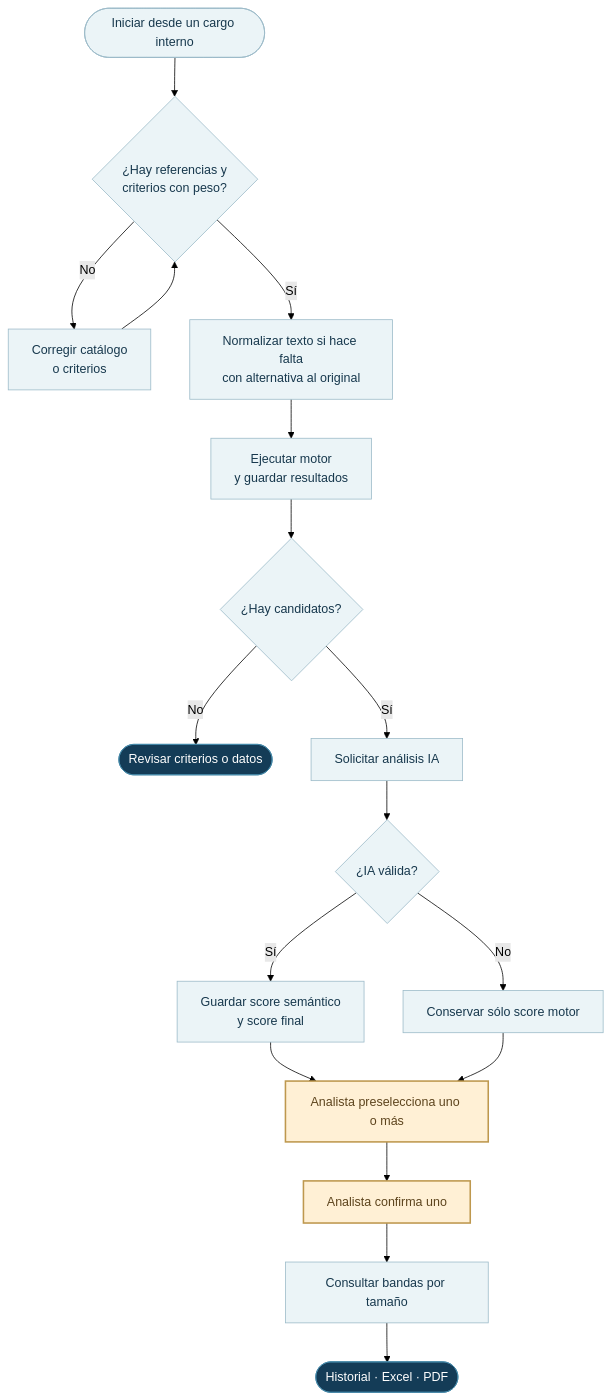
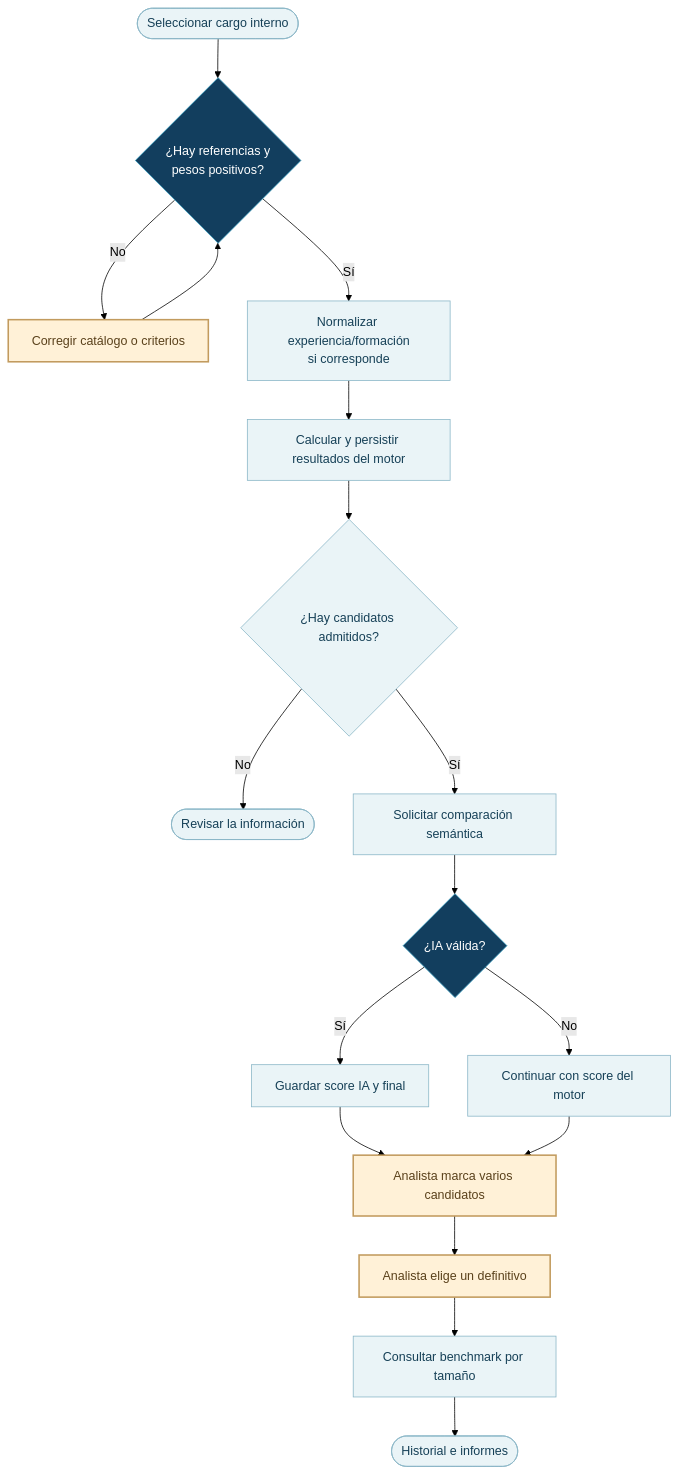
One commit to NicoCG32/Espejo-Homologa changed the first of 4 diagrams in docs/tecnica/05-flujos-y-estados.md. Above: the diagram before and after it, drawn with Mermaid (forest theme). The commit also changed other lines of this file and 21 other files, not shown here.

````diff
--- a/docs/tecnica/05-flujos-y-estados.md
+++ b/docs/tecnica/05-flujos-y-estados.md
@@ -7,25 +7,25 @@
 ```mermaid
 flowchart TD
-  IN([Iniciar desde un cargo interno]) --> VALID{¿Hay referencias y<br/>criterios con peso?}
-  VALID -->|No| FIX[Corregir catálogo<br/>o criterios]
-  FIX --> VALID
-  VALID -->|Sí| N[Normalizar texto si hace falta<br/>con alternativa al original]
-  N --> M[Ejecutar motor<br/>y guardar resultados]
-  M --> Q{¿Hay candidatos?}
-  Q -->|No| FIN0([Revisar criterios o datos])
-  Q -->|Sí| IA[Solicitar análisis IA]
-  IA --> OK{¿IA válida?}
-  OK -->|Sí| H[Guardar score semántico<br/>y score final]
-  OK -->|No| P[Conservar sólo score motor]
-  H --> S[Analista preselecciona uno o más]
-  P --> S
-  S --> D[Analista confirma uno]
-  D --> B[Consultar bandas por tamaño]
-  B --> E([Historial · Excel · PDF])
-  classDef base fill:#EBF4F7,stroke:#9BBAC8,color:#17384D;
-  classDef human fill:#FFF0D5,stroke:#BE984E,color:#5D441D,stroke-width:2px;
-  classDef finish fill:#143C57,stroke:#4286A7,color:#fff;
-  class IN,VALID,FIX,N,M,Q,IA,OK,H,P,B base;
-  class S,D human;
-  class FIN0,E finish;
+  IN(["Seleccionar cargo interno"]) --> R{"¿Hay referencias y<br/>pesos positivos?"}
+  R -->|No| AJ["Corregir catálogo o criterios"]
+  AJ --> R
+  R -->|Sí| N["Normalizar experiencia/formación<br/>si corresponde"]
+  N --> M["Calcular y persistir resultados del motor"]
+  M --> C{"¿Hay candidatos admitidos?"}
+  C -->|No| STOP(["Revisar la información"])
+  C -->|Sí| IA["Solicitar comparación semántica"]
+  IA --> OK{"¿IA válida?"}
+  OK -->|Sí| S["Guardar score IA y final"]
+  OK -->|No| P["Continuar con score del motor"]
+  S --> PRE["Analista marca varios candidatos"]
+  P --> PRE
+  PRE --> D["Analista elige un definitivo"]
+  D --> B["Consultar benchmark por tamaño"]
+  B --> H(["Historial e informes"])
+  classDef process fill:#EAF4F7,stroke:#8AB6C7,color:#164057;
+  classDef human fill:#FFF1D7,stroke:#C29B5E,color:#5A411B,stroke-width:2px;
+  classDef decision fill:#123E5E,stroke:#3299BB,color:#FFFFFF;
+  class IN,N,M,C,IA,S,P,B,STOP,H process;
+  class AJ,PRE,D human;
+  class R,OK decision;
 ```
````
